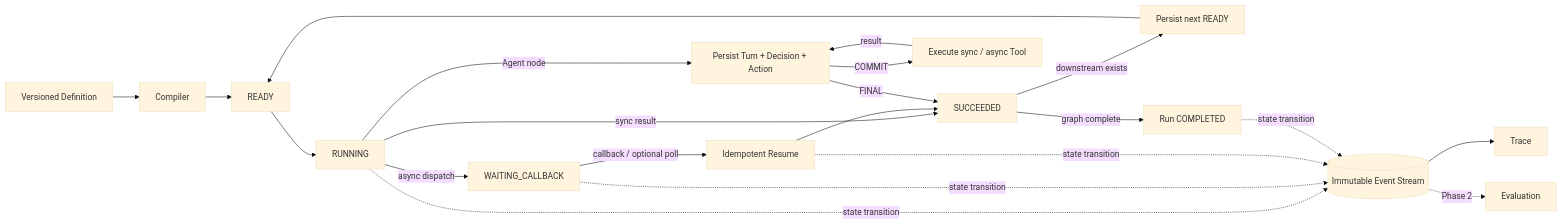
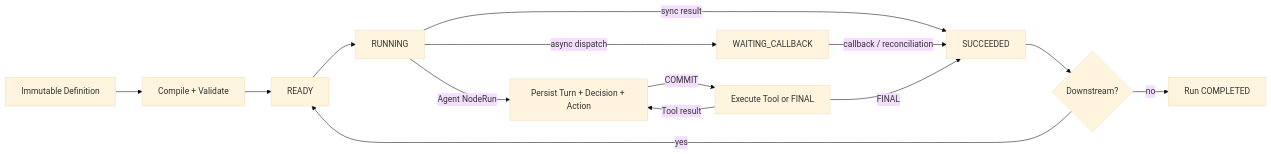
One commit to leungll/Emberling changed the second of 4 diagrams in README.md. Above: the diagram before and after it, drawn with Mermaid (base theme). The commit also changed other lines of this file and 1 other file, not shown here.

````diff
--- a/README.md
+++ b/README.md
@@ -39,25 +73,19 @@
 ```mermaid
 flowchart LR
-    DEF["Versioned Definition"] --> COMP["Compiler"]
-    COMP --> READY["READY"]
-    READY --> RUN["RUNNING"]
-    RUN -->|sync result| DONE["SUCCEEDED"]
-    RUN -->|async dispatch| WAIT["WAITING_CALLBACK"]
-    WAIT -->|callback / optional poll| RESUME["Idempotent Resume"]
-    RESUME --> DONE
-    DONE -->|downstream exists| NEXT["Persist next READY"]
-    NEXT --> READY
-    DONE -->|graph complete| COMPLETE["Run COMPLETED"]
+    DEF["Immutable Definition"] --> COMPILE["Compile + Validate"]
+    COMPILE --> READY["READY"]
+    READY --> RUNNING["RUNNING"]
 
-    RUN -->|Agent node| TURN["Persist Turn + Decision + Action"]
-    TURN -->|COMMIT| TOOL["Execute sync / async Tool"]
-    TOOL -->|result| TURN
-    TURN -->|FINAL| DONE
+    RUNNING -->|"sync result"| SUCCEEDED["SUCCEEDED"]
+    RUNNING -->|"async dispatch"| WAITING["WAITING_CALLBACK"]
+    WAITING -->|"callback / reconciliation"| SUCCEEDED
 
-    RUN -. state transition .-> EVENT[("Immutable Event Stream")]
-    WAIT -. state transition .-> EVENT
-    RESUME -. state transition .-> EVENT
-    COMPLETE -. state transition .-> EVENT
-    EVENT --> TRACE["Trace"]
-    EVENT -. Phase 2 .-> EVAL["Evaluation"]
+    RUNNING -->|"Agent NodeRun"| DECIDE["Persist Turn + Decision + Action"]
+    DECIDE -->|"COMMIT"| ACT["Execute Tool or FINAL"]
+    ACT -->|"Tool result"| DECIDE
+    ACT -->|"FINAL"| SUCCEEDED
+
+    SUCCEEDED --> NEXT{"Downstream?"}
+    NEXT -->|"yes"| READY
+    NEXT -->|"no"| COMPLETE["Run COMPLETED"]
 ```
````
